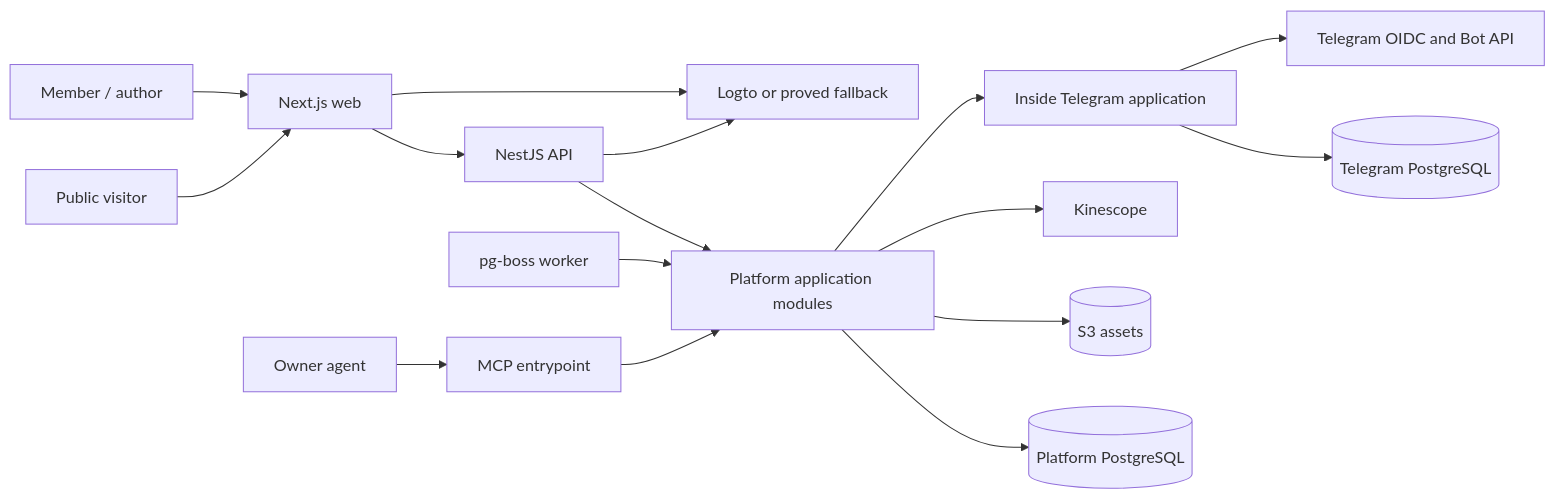
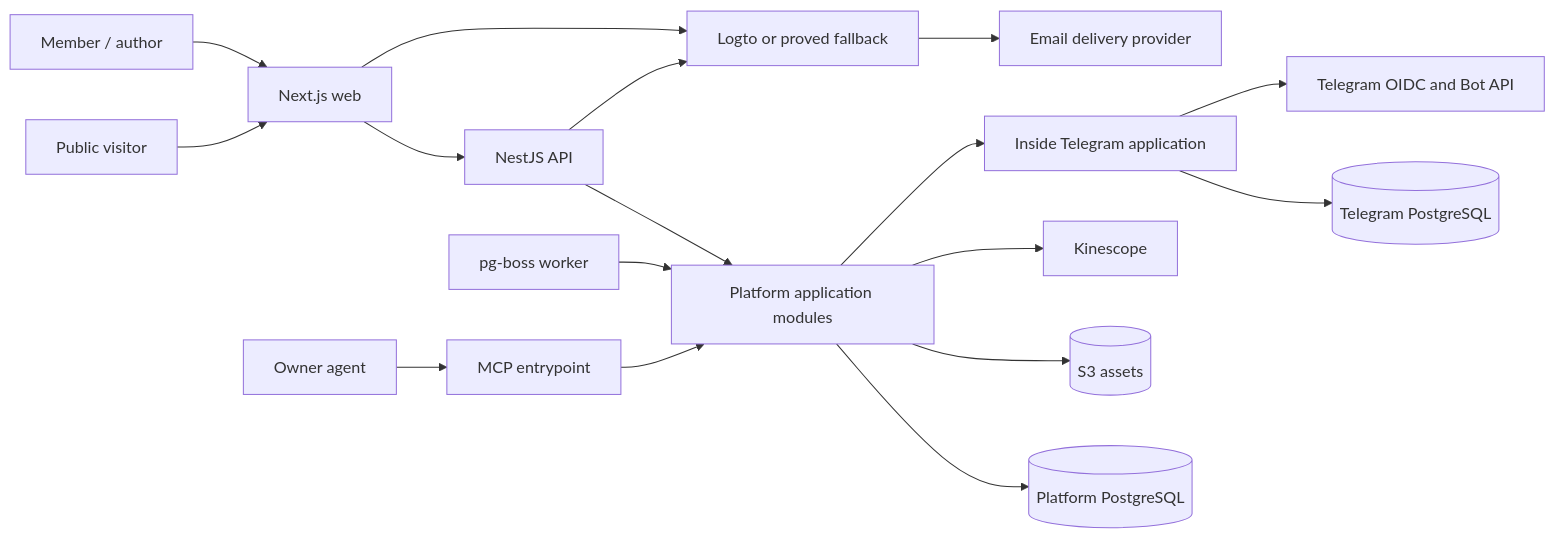
Before and after one commit to sachkov-inside/workspace: the first of 2 diagrams in docs/specifications/platform-v1.md, drawn with Mermaid. The commit also changed other lines of this file, not shown here.

````diff
--- a/docs/specifications/platform-v1.md
+++ b/docs/specifications/platform-v1.md
@@ -124,18 +129,19 @@
 ```mermaid
 flowchart LR
     Visitor[Public visitor] --> Web[Next.js web]
     Member[Member / author] --> Web
     Agent[Owner agent] --> MCP[MCP entrypoint]
     Web --> API[NestJS API]
     MCP --> App[Platform application modules]
     API --> App
     Worker[pg-boss worker] --> App
     App --> PDB[(Platform PostgreSQL)]
     App --> S3[(S3 assets)]
     App --> Kin[Kinescope]
     Web --> IdP[Logto or proved fallback]
     API --> IdP
+    IdP --> Email[Email delivery provider]
     App --> Tg[Inside Telegram application]
     Tg --> TDB[(Telegram PostgreSQL)]
     Tg --> Telegram[Telegram OIDC and Bot API]
 ```
````
